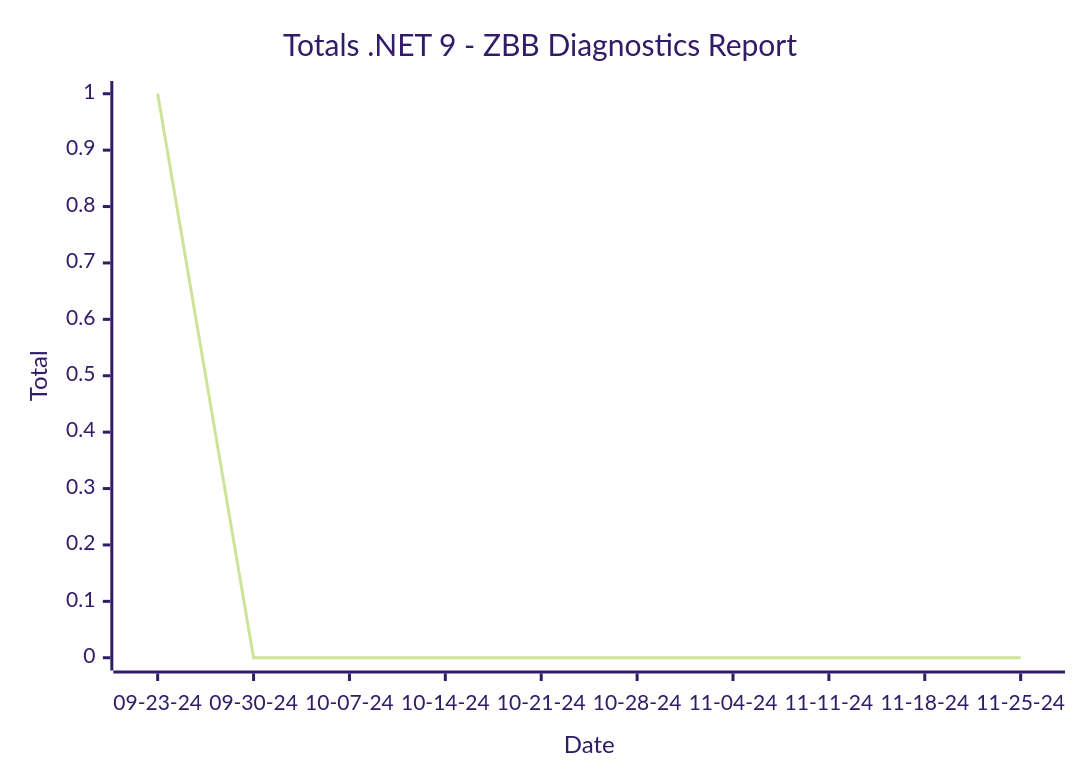
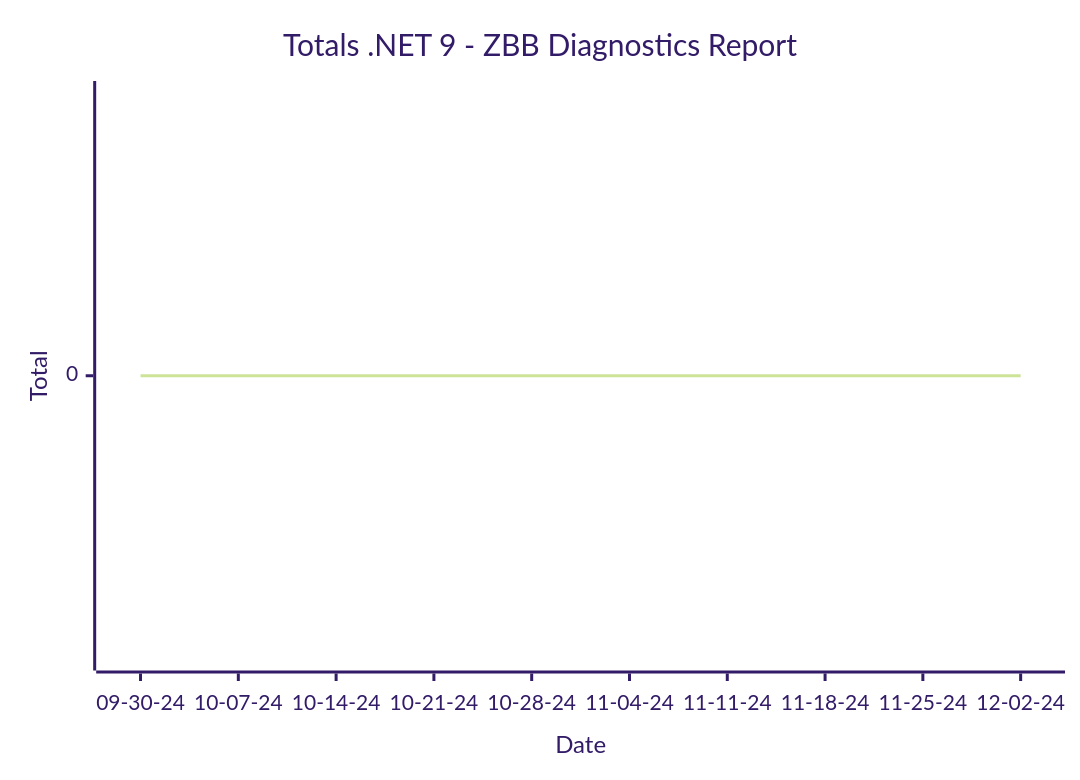
The second of 2 diagrams in reports/README.md (hoyosjs/gh-issue-tracker), drawn with Mermaid (forest theme) before and after one commit. The commit also changed other lines of this file and 4 other files, not shown here.

````diff
--- a/reports/README.md
+++ b/reports/README.md
@@ -24,7 +24,7 @@
 ```mermaid
 xychart-beta
   title "Totals .NET 9 - ZBB Diagnostics Report"
-  x-axis "Date" ["09-23-24", "09-30-24", "10-07-24", "10-14-24", "10-21-24", "10-28-24", "11-04-24", "11-11-24", "11-18-24", "11-25-24"]
+  x-axis "Date" ["09-30-24", "10-07-24", "10-14-24", "10-21-24", "10-28-24", "11-04-24", "11-11-24", "11-18-24", "11-25-24", "12-02-24"]
   y-axis "Total"
-  line [1, 0, 0, 0, 0, 0, 0, 0, 0, 0]
+  line [0, 0, 0, 0, 0, 0, 0, 0, 0, 0]
 ```
````
